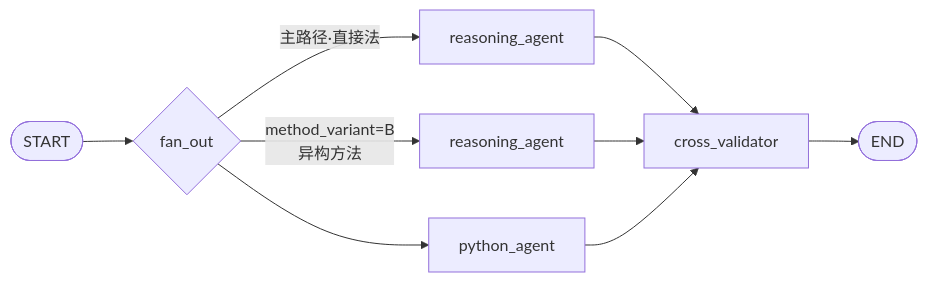
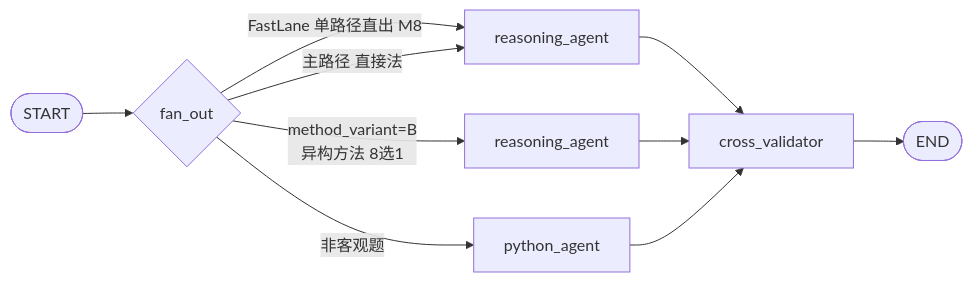
One commit to zby0316/math_competition_agent changed the second of 2 diagrams in README.md. Above: the diagram before and after it, drawn with Mermaid. The commit also changed other lines of this file, not shown here.

Commit message:
docs: README 同步 V2.1/V2.3 机制（M8 FastLane/M11 八类方法/M12-M14 后处理收敛）

````diff
--- a/README.md
+++ b/README.md
@@ -67,11 +71,12 @@
 ```mermaid
 flowchart LR
     S([START]) --> FanOut{fan_out}
-    FanOut -->|主路径·直接法| R1[reasoning_agent]
-    FanOut -->|method_variant=B<br/>异构方法| R2[reasoning_agent]
-    FanOut --> P[python_agent]
-    R1 --> V[cross_validator] 
+    FanOut -->|FastLane 单路径直出 M8| R1[reasoning_agent]
+    FanOut -->|主路径 直接法| R1
+    FanOut -->|method_variant=B<br/>异构方法 8选1| R2[reasoning_agent]
+    FanOut -->|非客观题| P[python_agent]
+    R1 --> V[cross_validator]
     R2 --> V
     P --> V
     V --> E([END])
 ```
````
